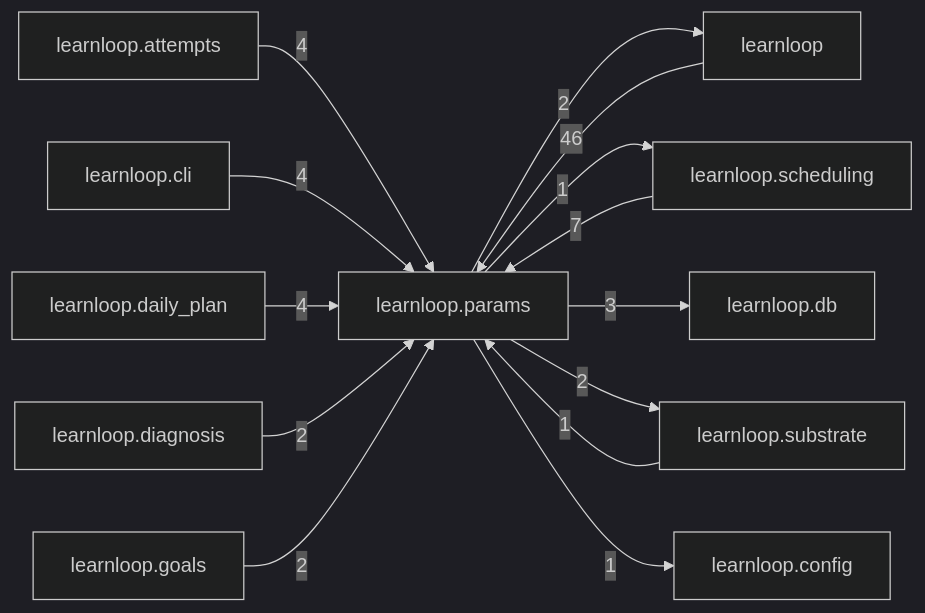
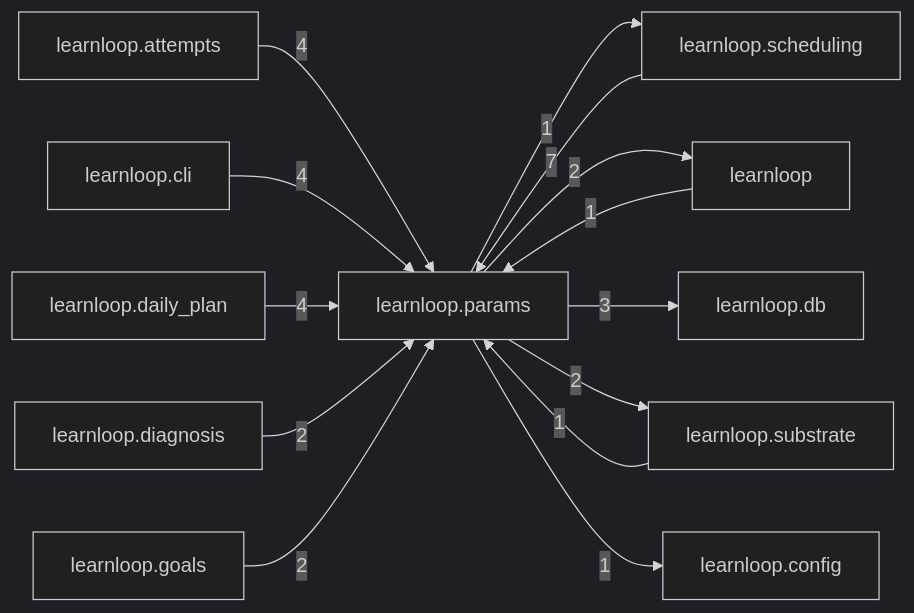
Before and after one commit to 6up-b/learnanything: the diagram in docs/learnloop-architecture-vault/Reference/Modules/learnloop/params/_package.md, drawn with Mermaid (dark theme). The commit also changed other lines of this file and 174 other files, not shown here.

````diff
--- a/docs/learnloop-architecture-vault/Reference/Modules/learnloop/params/_package.md
+++ b/docs/learnloop-architecture-vault/Reference/Modules/learnloop/params/_package.md
@@ -88,27 +87,27 @@
 ```mermaid
 flowchart LR
     center["learnloop.params"]
-    n_learnloop["learnloop"]
     n_learnloop_scheduling["learnloop.scheduling"]
     n_learnloop_attempts["learnloop.attempts"]
     n_learnloop_cli["learnloop.cli"]
     n_learnloop_daily_plan["learnloop.daily_plan"]
+    n_learnloop["learnloop"]
     n_learnloop_db["learnloop.db"]
     n_learnloop_substrate["learnloop.substrate"]
     n_learnloop_diagnosis["learnloop.diagnosis"]
     n_learnloop_goals["learnloop.goals"]
     n_learnloop_config["learnloop.config"]
-    n_learnloop -->|46| center
-    center -->|2| n_learnloop
     n_learnloop_scheduling -->|7| center
     center -->|1| n_learnloop_scheduling
     n_learnloop_attempts -->|4| center
     n_learnloop_cli -->|4| center
     n_learnloop_daily_plan -->|4| center
+    n_learnloop -->|1| center
+    center -->|2| n_learnloop
     center -->|3| n_learnloop_db
     n_learnloop_substrate -->|1| center
     center -->|2| n_learnloop_substrate
     n_learnloop_diagnosis -->|2| center
     n_learnloop_goals -->|2| center
     center -->|1| n_learnloop_config
 ```
````
